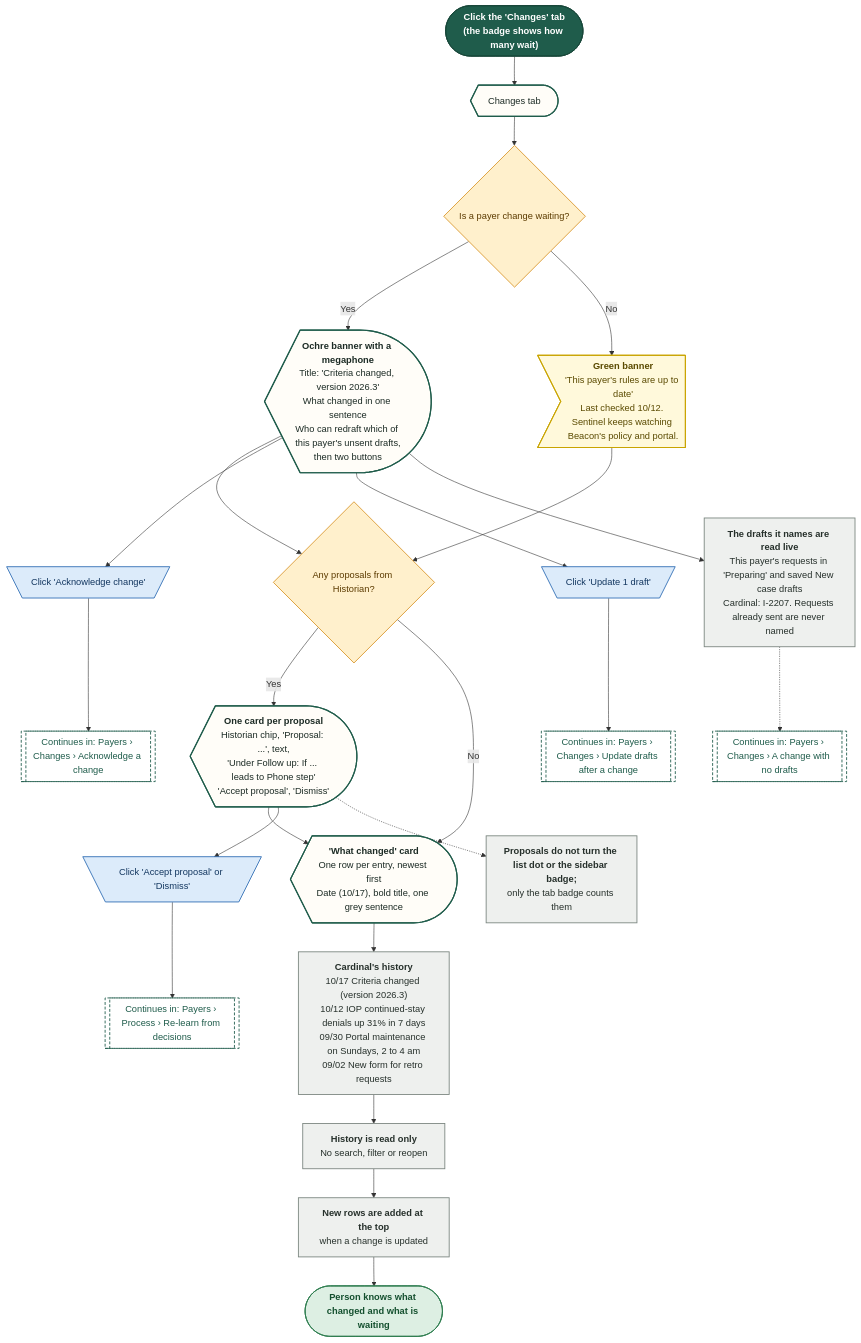
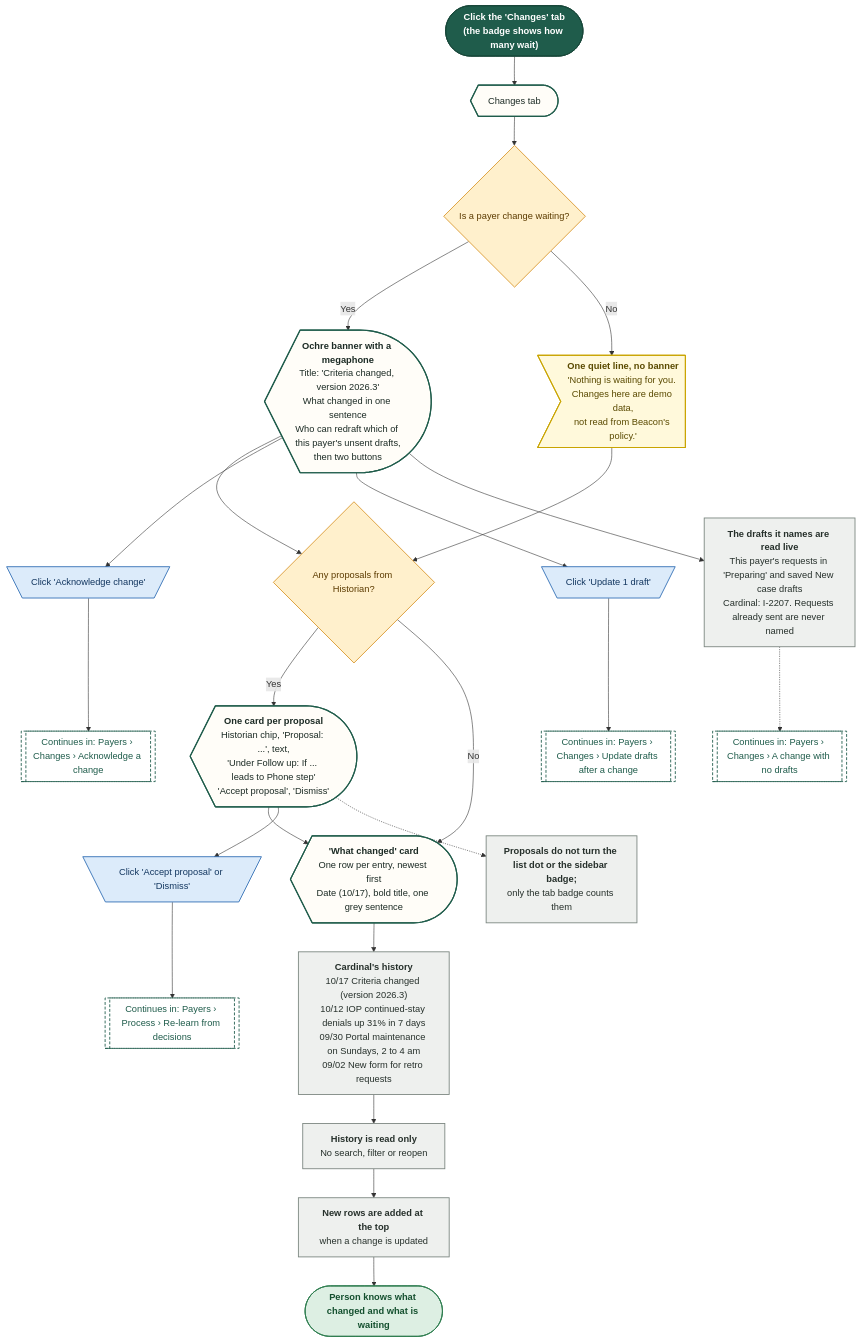
Before and after one commit to Shrav143/psyfloapp: diagram 20 of 26 in demos/prior-auth-demo/workflows/out/md/10-payers.md, drawn with Mermaid. The commit also changed other lines of this file and 192 other files, not shown here.

First line of the commit message:
docs: changelog by sidebar tab; README, diagrams and Settings layout aligned with the refinement; shared InfoTip; referral cost-share line

````diff
--- a/demos/prior-auth-demo/workflows/out/md/10-payers.md
+++ b/demos/prior-auth-demo/workflows/out/md/10-payers.md
@@ -1420,61 +1509,61 @@
 ```mermaid
 %%{init: {"theme":"base","themeVariables":{"fontFamily":"'DM Sans', 'Segoe UI', system-ui, sans-serif","fontSize":"15px","lineColor":"#5B6B63","primaryTextColor":"#1C2B25","clusterBkg":"#FBF8F3","clusterBorder":"#D9CDBB","edgeLabelBackground":"#FFFFFF"},"flowchart":{"curve":"basis","nodeSpacing":36,"rankSpacing":48,"padding":12,"htmlLabels":true,"useMaxWidth":false,"wrappingWidth":230}} }%%
 flowchart TD
   classDef k_start fill:#1F5C4B,stroke:#174638,color:#FFFFFF,stroke-width:1.5px,font-weight:600
   classDef k_end fill:#DDEFE3,stroke:#2E7D4F,color:#14502F,stroke-width:1.5px,font-weight:600
   classDef k_endx fill:#FBE3E0,stroke:#C0392B,color:#7A1F16,stroke-width:1.5px,font-weight:600
   classDef k_screen fill:#FFFDF8,stroke:#1F5C4B,color:#1C2B25,stroke-width:2px
   classDef k_overlay fill:#F1F7F3,stroke:#1F5C4B,color:#1C2B25,stroke-width:2px,stroke-dasharray:5 3
   classDef k_click fill:#DCEBFA,stroke:#2F6DB5,color:#12365F,stroke-width:1.5px
   classDef k_input fill:#E4E7FF,stroke:#4C5FD5,color:#1D2670,stroke-width:1.5px
   classDef k_process fill:#EEF0EE,stroke:#7A857F,color:#26302B,stroke-width:1.5px
   classDef k_agent fill:#EEE5FA,stroke:#7A4FC2,color:#341A63,stroke-width:1.5px
   classDef k_decision fill:#FFF0CC,stroke:#D9962B,color:#5C3B00,stroke-width:1.5px
   classDef k_store fill:#D5F0EA,stroke:#1C8E7B,color:#0B4A3F,stroke-width:1.5px
   classDef k_doc fill:#F6E9DC,stroke:#B07A4C,color:#4A2E14,stroke-width:1.5px
   classDef k_ext fill:#FFE6D2,stroke:#E07B39,color:#6B2F06,stroke-width:1.5px
   classDef k_wait fill:#E4E8EE,stroke:#6B7C93,color:#26303D,stroke-width:1.5px
   classDef k_toast fill:#FFF9DB,stroke:#C9A400,color:#5A4A00,stroke-width:1.5px
   classDef k_goto fill:#FFFFFF,stroke:#1F5C4B,color:#1F5C4B,stroke-width:1.5px,stroke-dasharray:5 3
   s1@{ shape: stadium, label: "<b>Click the 'Changes' tab</b><br/>(the badge shows how many wait)" }
   tab@{ shape: curv-trap, label: "Changes tab" }
   dp@{ shape: diam, label: "Is a payer change waiting?" }
   bw@{ shape: curv-trap, label: "<b>Ochre banner with a megaphone</b><br/>Title: 'Criteria changed, version 2026.3'<br/>What changed in one sentence<br/>Who can redraft which of this payer's unsent drafts,<br/>then two buttons" }
-  bg@{ shape: odd, label: "<b>Green banner</b><br/>'This payer's rules are up to date'<br/>Last checked 10/12. Sentinel keeps watching Beacon's policy and portal." }
+  bg@{ shape: odd, label: "<b>One quiet line, no banner</b><br/>'Nothing is waiting for you. Changes here are demo data,<br/>not read from Beacon's policy.'" }
   dq@{ shape: diam, label: "Any proposals from Historian?" }
   pc@{ shape: curv-trap, label: "<b>One card per proposal</b><br/>Historian chip, 'Proposal: ...', text,<br/>'Under Follow up: If ... leads to Phone step'<br/>'Accept proposal', 'Dismiss'" }
   pn@{ shape: rect, label: "<b>Proposals do not turn the list dot or the sidebar badge;</b><br/>only the tab badge counts them" }
   hist@{ shape: curv-trap, label: "<b>'What changed' card</b><br/>One row per entry, newest first<br/>Date (10/17), bold title, one grey sentence" }
   ex@{ shape: rect, label: "<b>Cardinal's history</b><br/>10/17 Criteria changed (version 2026.3)<br/>10/12 IOP continued-stay denials up 31% in 7 days<br/>09/30 Portal maintenance on Sundays, 2 to 4 am<br/>09/02 New form for retro requests" }
   ro@{ shape: rect, label: "<b>History is read only</b><br/>No search, filter or reopen" }
   add@{ shape: rect, label: "<b>New rows are added at the top</b><br/>when a change is updated" }
   ca@{ shape: trap-t, label: "Click 'Acknowledge change'" }
   cu@{ shape: trap-t, label: "Click 'Update 1 draft'" }
   cac@{ shape: trap-t, label: "Click 'Accept proposal' or 'Dismiss'" }
   g1@{ shape: subproc, label: "Continues in: Payers › Changes › Acknowledge a change" }
   g2@{ shape: subproc, label: "Continues in: Payers › Changes › Update drafts after a change" }
   g3@{ shape: subproc, label: "Continues in: Payers › Process › Re-learn from decisions" }
   g4@{ shape: subproc, label: "Continues in: Payers › Changes › A change with no drafts" }
   dl@{ shape: rect, label: "<b>The drafts it names are read live</b><br/>This payer's requests in 'Preparing' and saved New case drafts<br/>Cardinal: I-2207. Requests already sent are never named" }
   e1@{ shape: stadium, label: "Person knows what changed and what is waiting" }
   s1 --> tab --> dp
   dp -->|"Yes"| bw --> dq
   dp -->|"No"| bg --> dq
   bw --> ca --> g1
   bw --> cu --> g2
   dq -->|"Yes"| pc --> hist
   dq -->|"No"| hist
   pc --> cac --> g3
   pc -.-> pn
   hist --> ex --> ro --> add --> e1
   bw --> dl
   dl -.-> g4
   class s1 k_start
   class tab,bw,pc,hist k_screen
   class dp,dq k_decision
   class bg k_toast
   class pn,ex,ro,add,dl k_process
   class ca,cu,cac k_click
   class g1,g2,g3,g4 k_goto
   class e1 k_end
 ```
````
